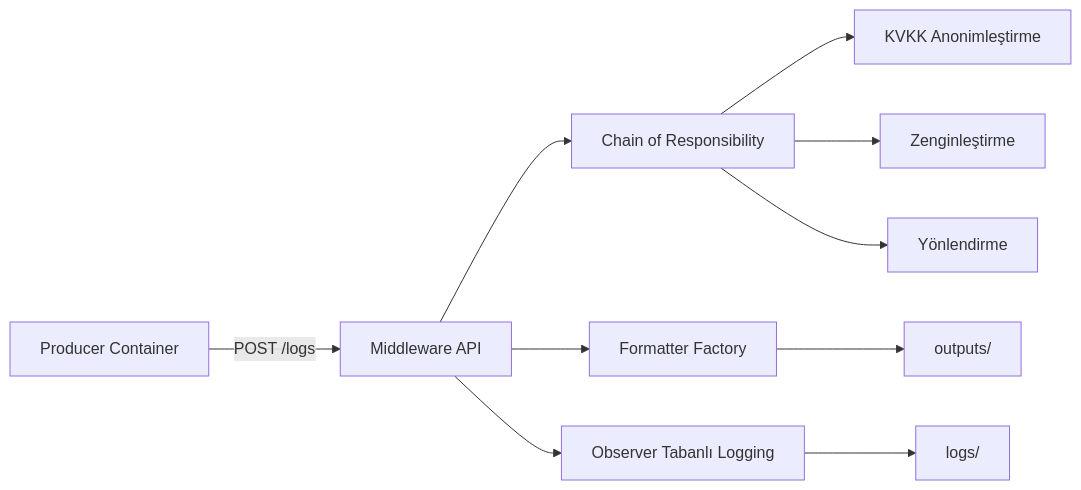
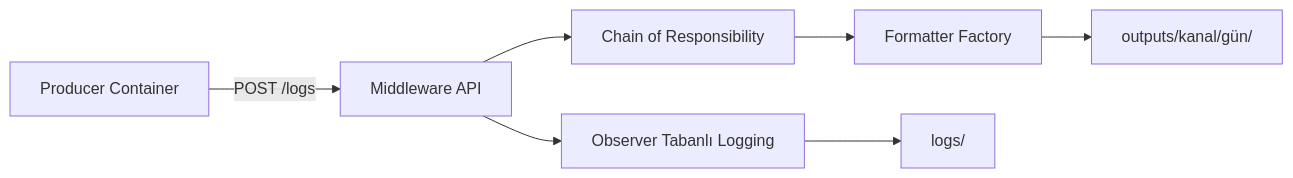
One commit to taha-hub0/middleware-project changed the diagram in README.md. Above: the diagram before and after it, drawn with Mermaid. The commit also changed other lines of this file, not shown here.

````diff
--- a/README.md
+++ b/README.md
@@ -11,12 +41,9 @@
 ```mermaid
 flowchart LR
     P[Producer Container] -->|POST /logs| M[Middleware API]
     M --> C[Chain of Responsibility]
-    C --> A[KVKK Anonimleştirme]
-    C --> E[Zenginleştirme]
-    C --> R[Yönlendirme]
-    M --> F[Formatter Factory]
-    F --> O[outputs/]
+    C --> F[Formatter Factory]
+    F --> O["outputs/kanal/gün/"]
     M --> L[Observer Tabanlı Logging]
-    L --> G[logs/]
+    L --> G["logs/"]
 ```
````
